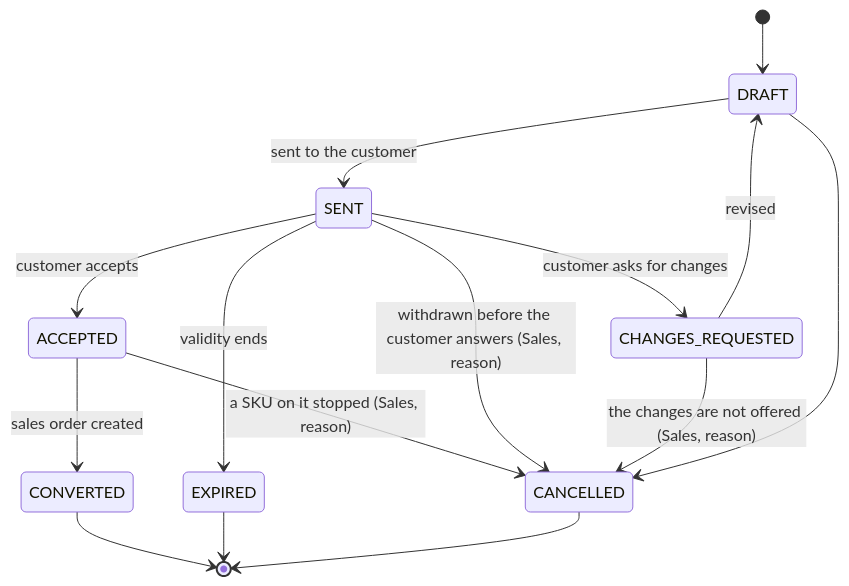
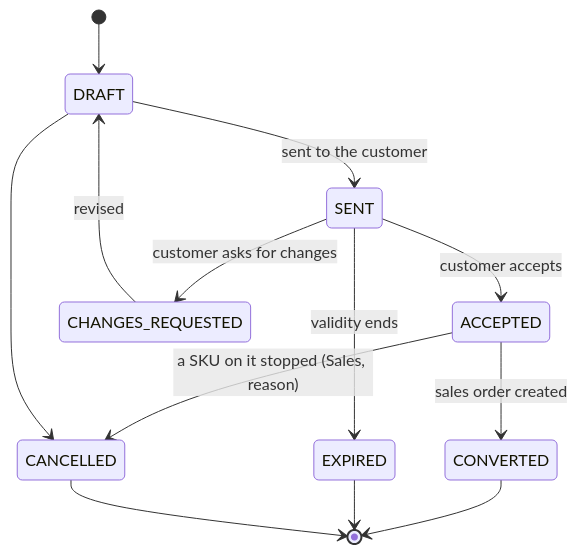
One commit to KLTN-FA26/be-backoffice-stockflow-commerce changed diagram 19 of 19 in docs/business-design/03-state-machines.md. Above: the diagram before and after it, drawn with Mermaid. The commit also changed other lines of this file and 6 other files, not shown here.

````diff
--- a/docs/business-design/03-state-machines.md
+++ b/docs/business-design/03-state-machines.md
@@ -973,17 +973,15 @@
 ```mermaid
 stateDiagram-v2
     [*] --> DRAFT
     DRAFT --> SENT: sent to the customer
     SENT --> ACCEPTED: customer accepts
     SENT --> CHANGES_REQUESTED: customer asks for changes
     CHANGES_REQUESTED --> DRAFT: revised
     SENT --> EXPIRED: validity ends
     ACCEPTED --> CONVERTED: sales order created
     ACCEPTED --> CANCELLED: a SKU on it stopped (Sales, reason)
-    SENT --> CANCELLED: withdrawn before the customer answers (Sales, reason)
-    CHANGES_REQUESTED --> CANCELLED: the changes are not offered (Sales, reason)
     DRAFT --> CANCELLED
     CONVERTED --> [*]
     EXPIRED --> [*]
     CANCELLED --> [*]
 ```
````
